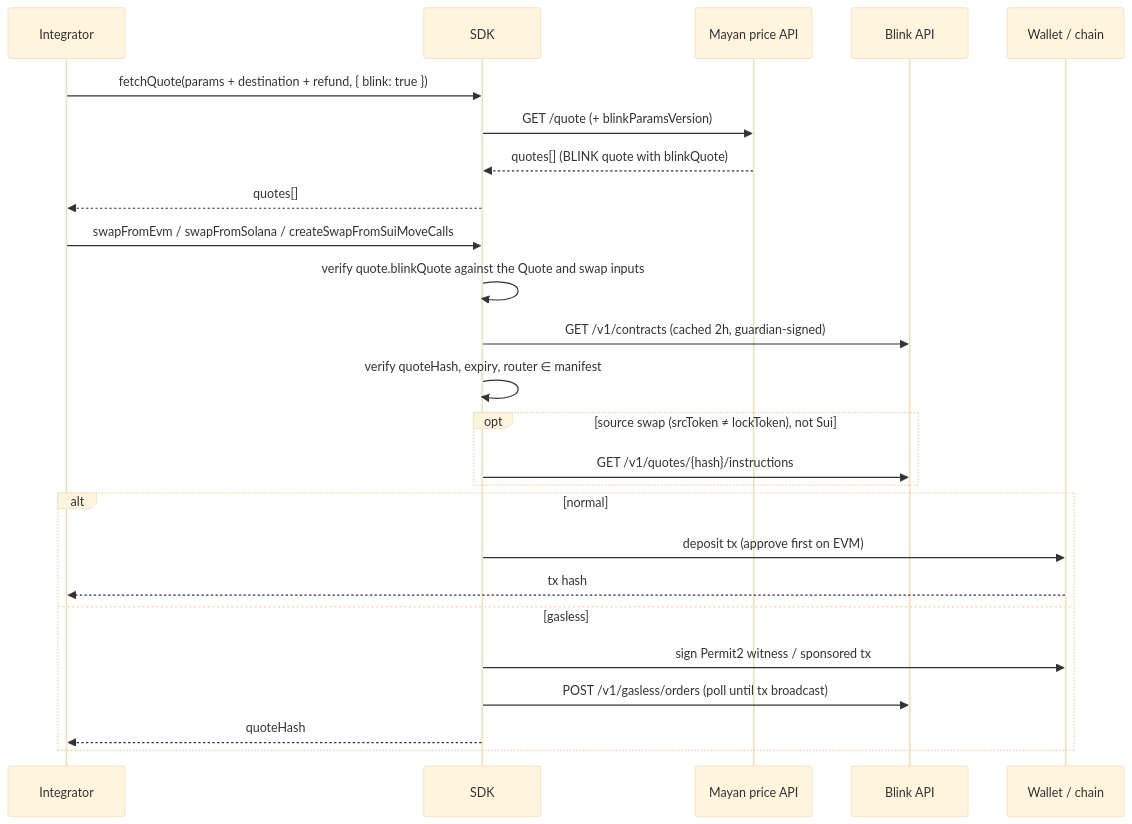
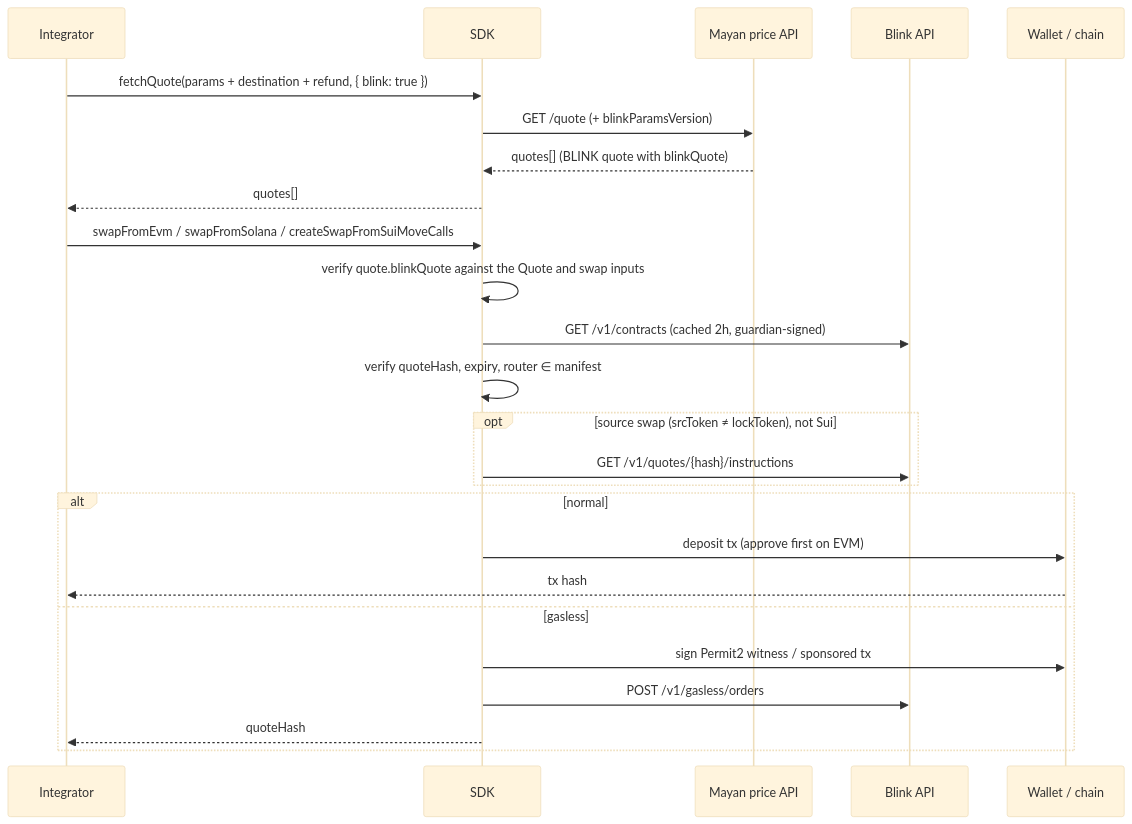
The second of 3 diagrams in src/blink/blink.md (mayan-finance/swap-sdk), drawn with Mermaid (base theme) before and after one commit. The commit also changed other lines of this file and 20 other files, not shown here.

````diff
--- a/src/blink/blink.md
+++ b/src/blink/blink.md
@@ -111,28 +111,28 @@
 ```mermaid
 sequenceDiagram
     participant I as Integrator
     participant S as SDK
     participant M as Mayan price API
     participant B as Blink API
     participant W as Wallet / chain
 
     I->>S: fetchQuote(params + destination + refund, { blink: true })
     S->>M: GET /quote (+ blinkParamsVersion)
     M-->>S: quotes[] (BLINK quote with blinkQuote)
     S-->>I: quotes[]
     I->>S: swapFromEvm / swapFromSolana / createSwapFromSuiMoveCalls
     S->>S: verify quote.blinkQuote against the Quote and swap inputs
     S->>B: GET /v1/contracts (cached 2h, guardian-signed)
     S->>S: verify quoteHash, expiry, router ∈ manifest
     opt source swap (srcToken ≠ lockToken), not Sui
         S->>B: GET /v1/quotes/{hash}/instructions
     end
     alt normal
         S->>W: deposit tx (approve first on EVM)
         W-->>I: tx hash
     else gasless
         S->>W: sign Permit2 witness / sponsored tx
-        S->>B: POST /v1/gasless/orders (poll until tx broadcast)
+        S->>B: POST /v1/gasless/orders
         S-->>I: quoteHash
     end
 ```
````
